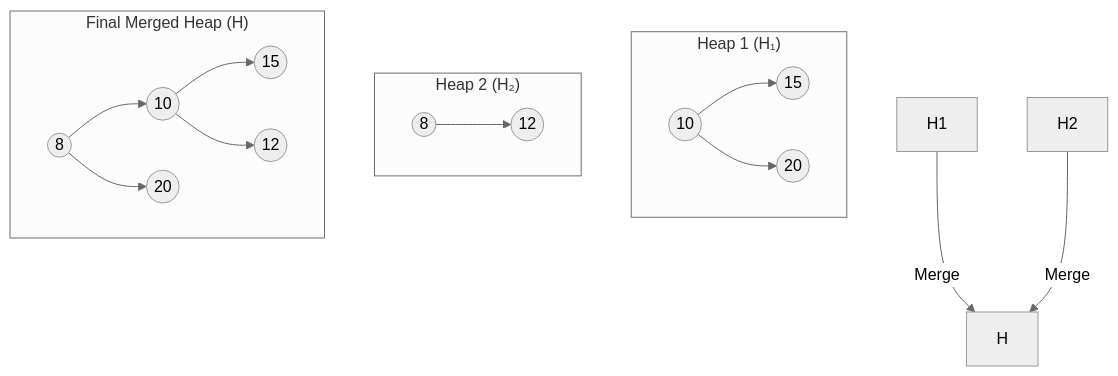
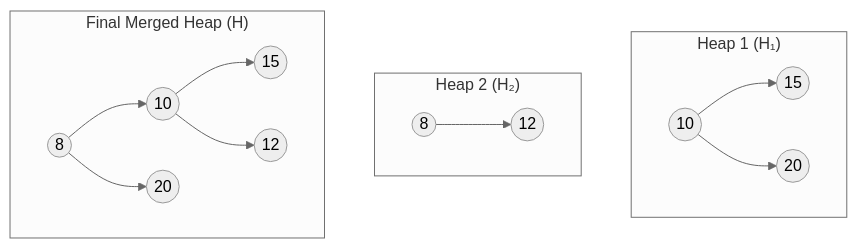
Diagram 17 of 17 in lectures/lect-11-Heap.md (ruslylove/datastruct), drawn with Mermaid (neutral theme) before and after one commit. The commit also changed other lines of this file, not shown here.

````diff
--- a/lectures/lect-11-Heap.md
+++ b/lectures/lect-11-Heap.md
@@ -533,18 +542,16 @@
 ```mermaid
 graph TD
     subgraph "Heap 1 (H₁)"
         H1_A((10)) --> H1_B((15)) & H1_C((20))
     end
 
     subgraph "Heap 2 (H₂)"
         H2_A((8)) --> H2_B((12))
     end
 
     subgraph "Final Merged Heap (H)"
         H_A((8)) --> H_B((10)) & H_C((20))
         H_B --> H_D((15)) & H_E((12))
     end
 
-    H1 -- "Merge" --> H
-    H2 -- "Merge" --> H
 ```
````
